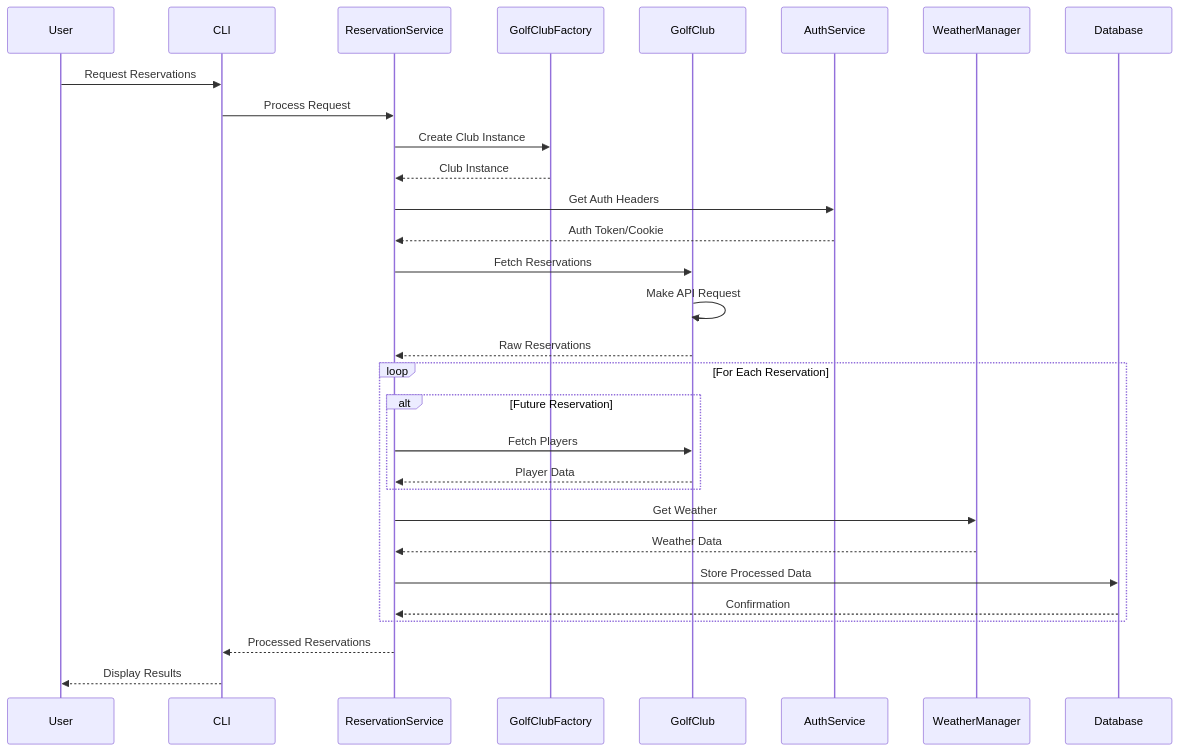
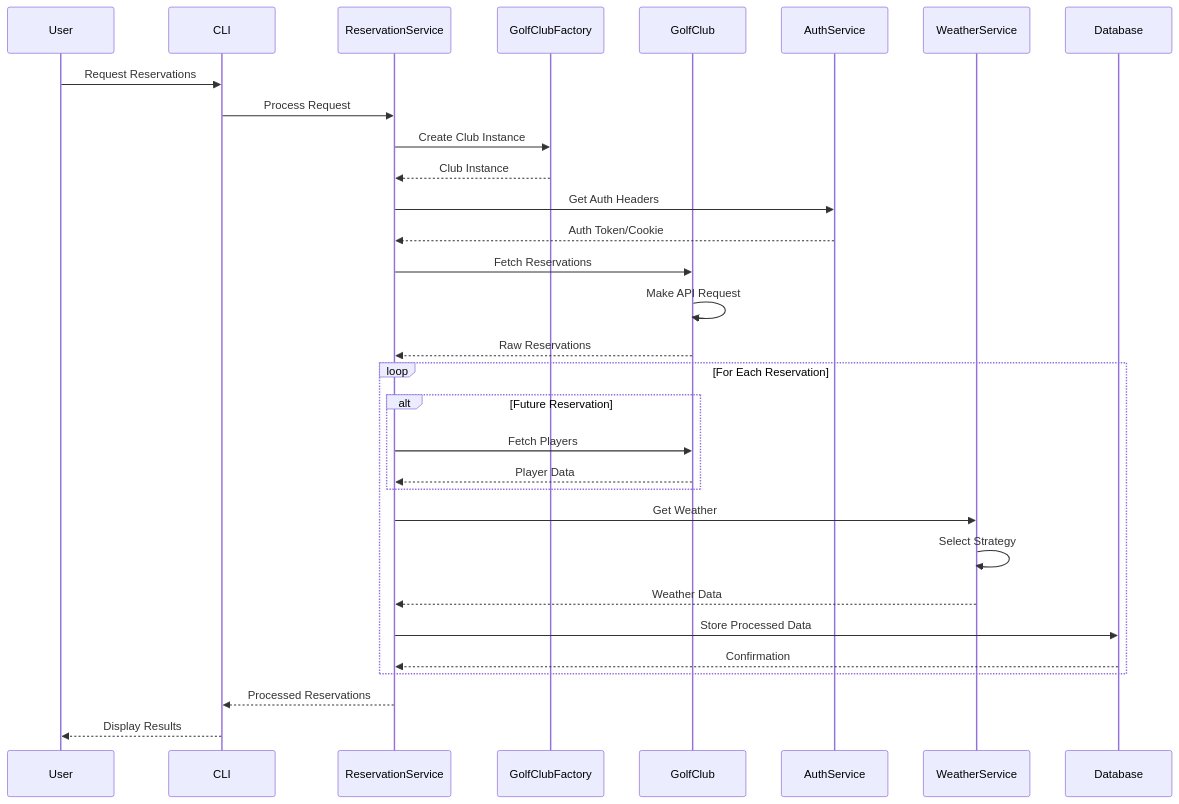
Before and after one commit to nasula/golfcal2: the second of 4 diagrams in docs/architecture/overview.md, drawn with Mermaid. The commit also changed other lines of this file and 16 other files, not shown here.

First line of the commit message:
Refactor weather service documentation with strategy pattern and improved provider implementations

````diff
--- a/docs/architecture/overview.md
+++ b/docs/architecture/overview.md
@@ -106,35 +104,36 @@
 ```mermaid
 sequenceDiagram
     participant User
     participant CLI
     participant RS as ReservationService
     participant GCF as GolfClubFactory
     participant GC as GolfClub
     participant AS as AuthService
-    participant WM as WeatherManager
+    participant WS as WeatherService
     participant DB as Database
 
     User->>CLI: Request Reservations
     CLI->>RS: Process Request
     RS->>GCF: Create Club Instance
     GCF-->>RS: Club Instance
     RS->>AS: Get Auth Headers
     AS-->>RS: Auth Token/Cookie
     RS->>GC: Fetch Reservations
     GC->>GC: Make API Request
     GC-->>RS: Raw Reservations
     
     loop For Each Reservation
         alt Future Reservation
             RS->>GC: Fetch Players
             GC-->>RS: Player Data
         end
-        RS->>WM: Get Weather
-        WM-->>RS: Weather Data
+        RS->>WS: Get Weather
+        WS->>WS: Select Strategy
+        WS-->>RS: Weather Data
         RS->>DB: Store Processed Data
         DB-->>RS: Confirmation
     end
     
     RS-->>CLI: Processed Reservations
     CLI-->>User: Display Results
 ```
````
